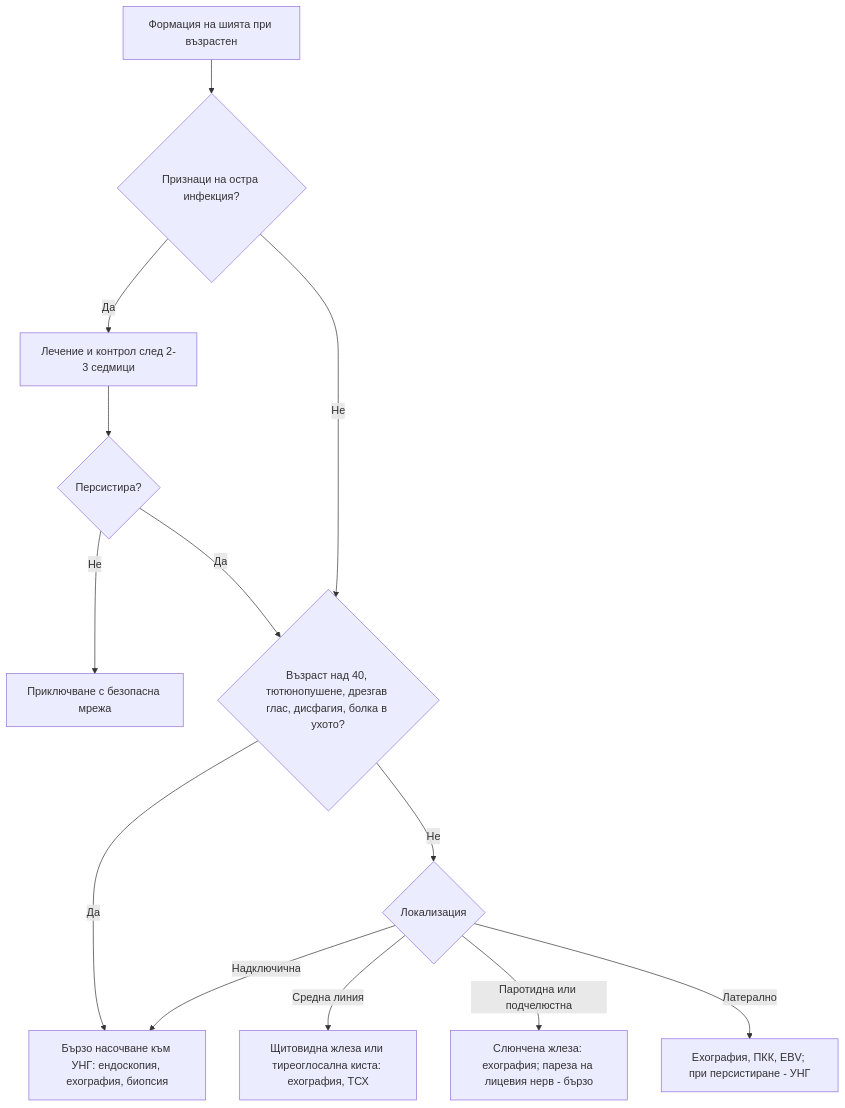
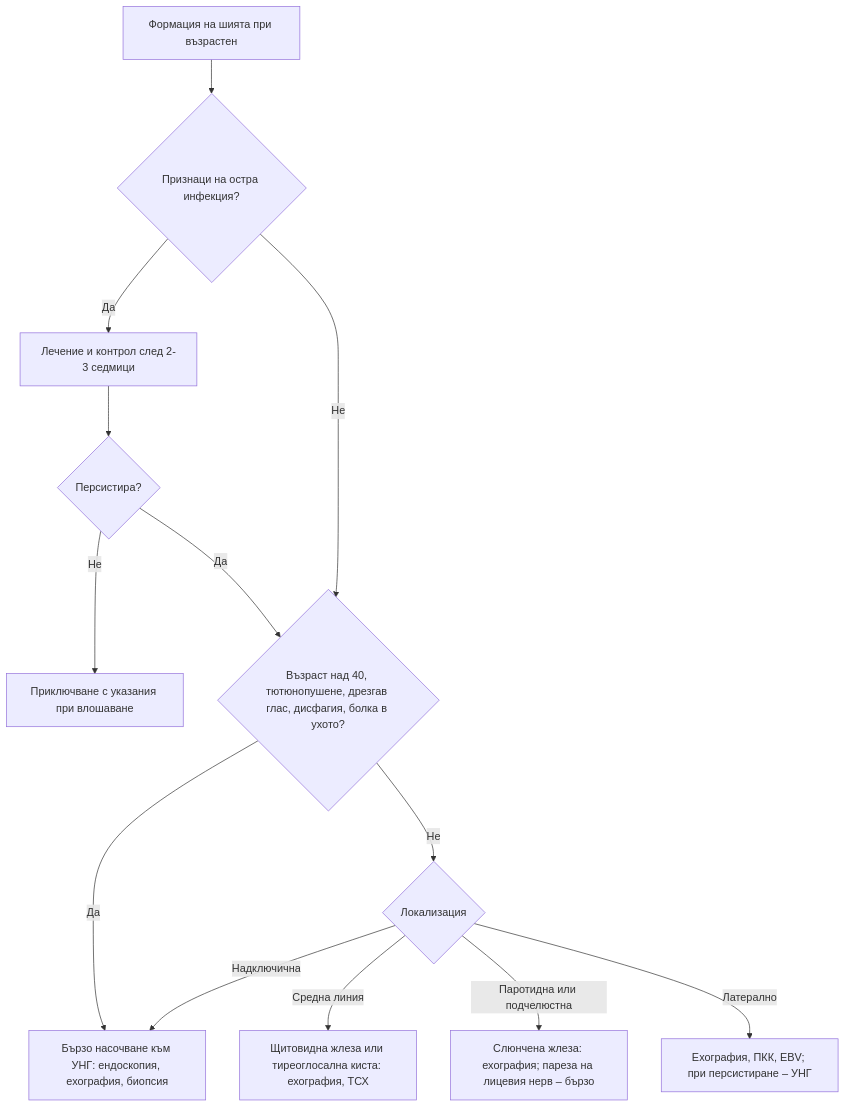
One commit to yancho26/yancho changed the diagram in glavi/62-garlo-nos-shia.md. Above: the diagram before and after it, drawn with Mermaid. The commit also changed other lines of this file and 90 other files, not shown here.

````diff
--- a/glavi/62-garlo-nos-shia.md
+++ b/glavi/62-garlo-nos-shia.md
@@ -244,17 +244,17 @@
 ```mermaid
 flowchart TD
     accTitle: Диагностичен алгоритъм при формация на шията при възрастен
     accDescr: Блок-схема. Начало: Формация на шията при възрастен. Въпроси: Признаци на остра инфекция? · Възраст над 40, тютюнопушене, дрезгав глас, дисфагия, болка в ухото? · Персистира? · Локализация? Пълното текстово описание е под схемата.
     A["Формация на шията при възрастен"] --> B{"Признаци на остра инфекция?"}
     B -->|Да| C["Лечение и контрол след 2-3 седмици"]
     C --> D{"Персистира?"}
-    D -->|Не| E["Приключване с безопасна мрежа"]
+    D -->|Не| E["Приключване с указания при влошаване"]
     D -->|Да| F
     B -->|Не| F{"Възраст над 40, тютюнопушене, дрезгав глас, дисфагия, болка в ухото?"}
     F -->|Да| G["Бързо насочване към УНГ: ендоскопия, ехография, биопсия"]
     F -->|Не| H{"Локализация"}
     H -->|Средна линия| I["Щитовидна жлеза или тиреоглосална киста: ехография, ТСХ"]
-    H -->|Паротидна или подчелюстна| J["Слюнчена жлеза: ехография; пареза на лицевия нерв - бързо"]
-    H -->|Латерално| K["Ехография, ПКК, EBV; при персистиране - УНГ"]
+    H -->|Паротидна или подчелюстна| J["Слюнчена жлеза: ехография; пареза на лицевия нерв – бързо"]
+    H -->|Латерално| K["Ехография, ПКК, EBV; при персистиране – УНГ"]
     H -->|Надключична| G
 ```
````
